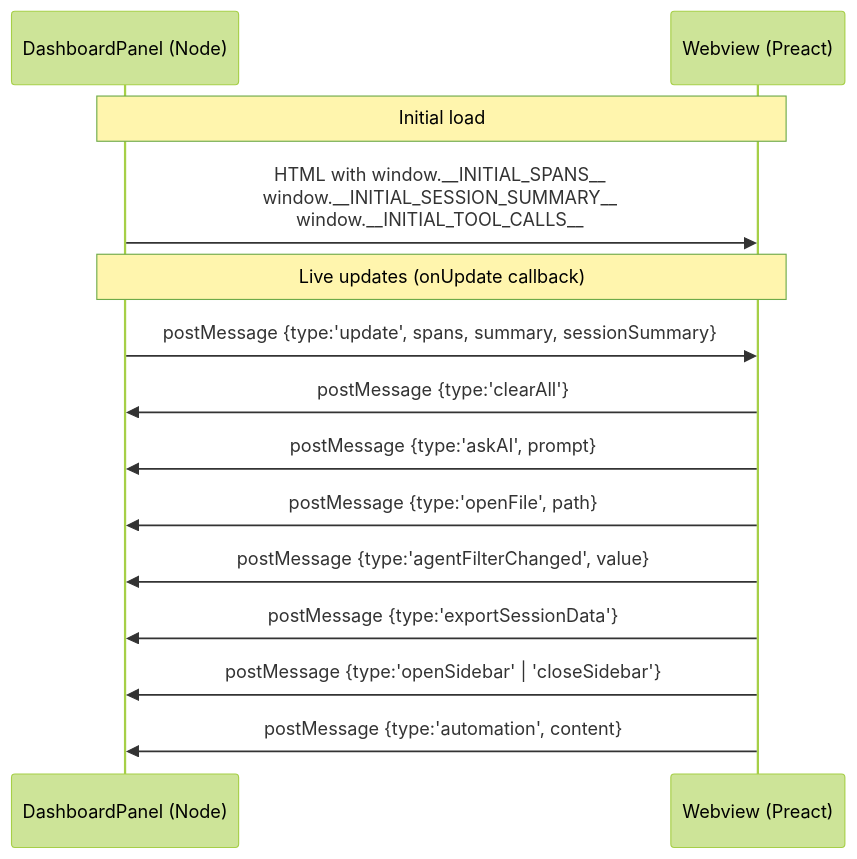
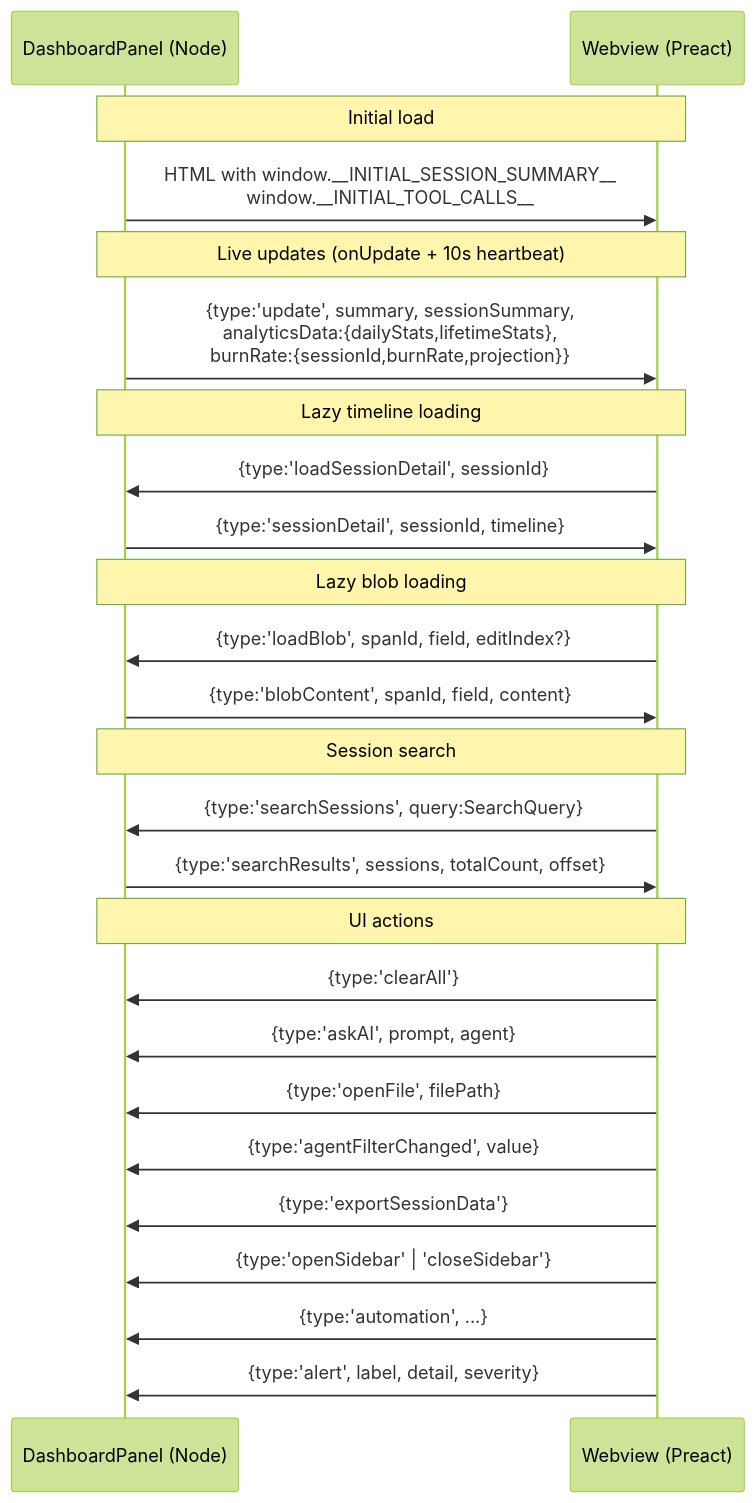
Before and after one commit to RogerReed/agentlens: diagram 14 of 18 in ARCHITECTURE.md, drawn with Mermaid (forest theme). The commit also changed other lines of this file, not shown here.

Commit message:
docs: rewrite ARCHITECTURE.md for phases 1–4 (SQLite storage, analytics, tab changes)

````diff
--- a/ARCHITECTURE.md
+++ b/ARCHITECTURE.md
@@ -413,18 +586,33 @@
 ```mermaid
 sequenceDiagram
     participant EXT as DashboardPanel (Node)
     participant WV  as Webview (Preact)
 
     Note over EXT,WV: Initial load
-    EXT->>WV: HTML with window.__INITIAL_SPANS__<br/>window.__INITIAL_SESSION_SUMMARY__<br/>window.__INITIAL_TOOL_CALLS__
+    EXT->>WV: HTML with window.__INITIAL_SESSION_SUMMARY__<br/>window.__INITIAL_TOOL_CALLS__
 
-    Note over EXT,WV: Live updates (onUpdate callback)
-    EXT->>WV: postMessage {type:'update', spans, summary, sessionSummary}
-    WV->>EXT: postMessage {type:'clearAll'}
-    WV->>EXT: postMessage {type:'askAI', prompt}
-    WV->>EXT: postMessage {type:'openFile', path}
-    WV->>EXT: postMessage {type:'agentFilterChanged', value}
-    WV->>EXT: postMessage {type:'exportSessionData'}
-    WV->>EXT: postMessage {type:'openSidebar' | 'closeSidebar'}
-    WV->>EXT: postMessage {type:'automation', content}
+    Note over EXT,WV: Live updates (onUpdate + 10s heartbeat)
+    EXT->>WV: {type:'update', summary, sessionSummary,<br/>analyticsData:{dailyStats,lifetimeStats},<br/>burnRate:{sessionId,burnRate,projection}}
+
+    Note over EXT,WV: Lazy timeline loading
+    WV->>EXT: {type:'loadSessionDetail', sessionId}
+    EXT->>WV: {type:'sessionDetail', sessionId, timeline}
+
+    Note over EXT,WV: Lazy blob loading
+    WV->>EXT: {type:'loadBlob', spanId, field, editIndex?}
+    EXT->>WV: {type:'blobContent', spanId, field, content}
+
+    Note over EXT,WV: Session search
+    WV->>EXT: {type:'searchSessions', query:SearchQuery}
+    EXT->>WV: {type:'searchResults', sessions, totalCount, offset}
+
+    Note over EXT,WV: UI actions
+    WV->>EXT: {type:'clearAll'}
+    WV->>EXT: {type:'askAI', prompt, agent}
+    WV->>EXT: {type:'openFile', filePath}
+    WV->>EXT: {type:'agentFilterChanged', value}
+    WV->>EXT: {type:'exportSessionData'}
+    WV->>EXT: {type:'openSidebar' | 'closeSidebar'}
+    WV->>EXT: {type:'automation', ...}
+    WV->>EXT: {type:'alert', label, detail, severity}
 ```
````
